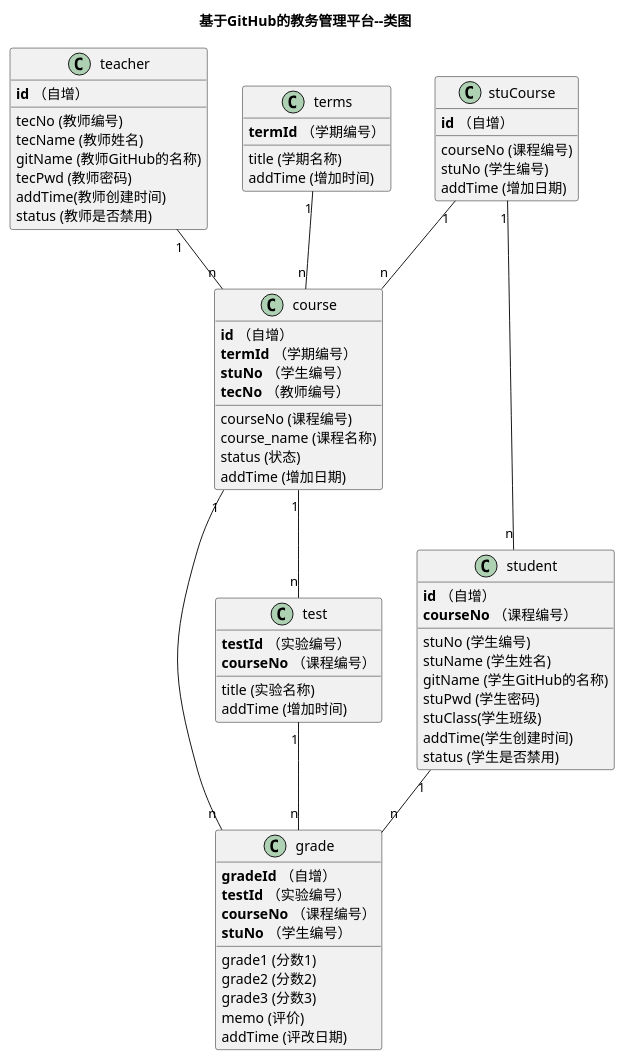
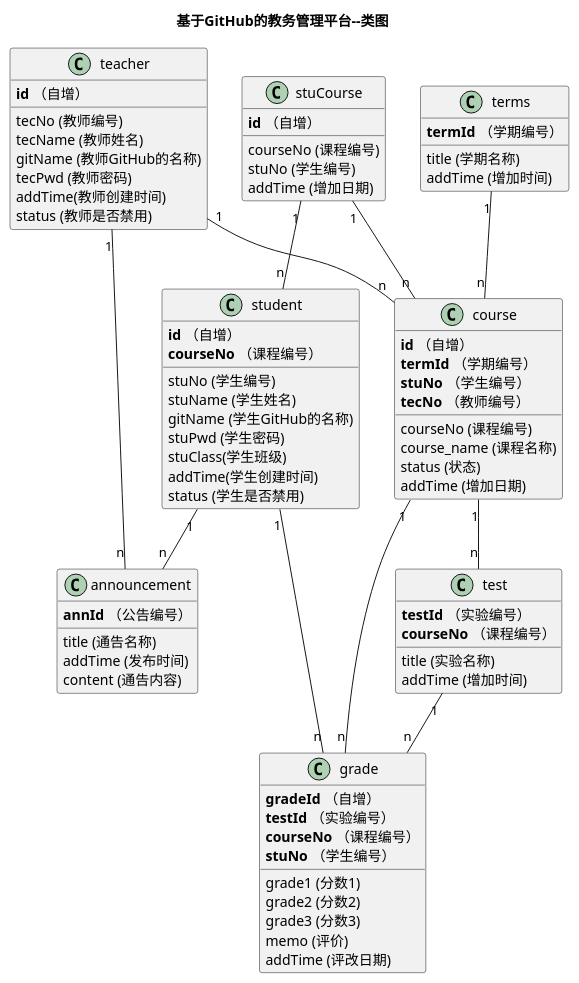
Before and after one commit to Hwan-GG/is_analysis: the diagram in test6/code/类图.wsd, drawn with PlantUML.

```diff
--- a/test6/code/类图.wsd
+++ b/test6/code/类图.wsd
@@ -1,76 +1,85 @@
 @startuml
 title 基于GitHub的教务管理平台--类图
 class teacher {
     <b>id</b> （自增）
     tecNo (教师编号)
     tecName (教师姓名)
     gitName (教师GitHub的名称)
     tecPwd (教师密码)
     addTime(教师创建时间)
     status (教师是否禁用)
 }
 class stuCourse {
     <b>id</b> （自增）
     courseNo (课程编号)
     stuNo (学生编号)
     addTime (增加日期)
 }
 
 class student {
     <b>id</b> （自增）
     <b>courseNo</b> （课程编号）
     stuNo (学生编号)
     stuName (学生姓名)
     gitName (学生GitHub的名称)
     stuPwd (学生密码)
     stuClass(学生班级)
     addTime(学生创建时间)
     status (学生是否禁用)
     
 }
 class course {
     <b>id</b> （自增）
     courseNo (课程编号)
     course_name (课程名称)
     status (状态)
     addTime (增加日期)
     <b>termId</b> （学期编号）
     <b>stuNo</b> （学生编号）
     <b>tecNo</b> （教师编号）
 }
 
 class grade {
     <b>gradeId</b> （自增）
     grade1 (分数1)
     grade2 (分数2)
     grade3 (分数3)
     memo (评价)
     addTime (评改日期)
     <b>testId</b> （实验编号）
     <b>courseNo</b> （课程编号）
     <b>stuNo</b> （学生编号）
 }
 
 class test {
     <b>testId</b> （实验编号）
     title (实验名称)
     addTime (增加时间)
     <b>courseNo</b> （课程编号）
 }
 
 class terms {
     <b>termId</b> （学期编号）
     title (学期名称)
     addTime (增加时间)
 }
 
+class  announcement{
+    <b>annId</b> （公告编号）
+    title (通告名称)
+    addTime (发布时间)
+    content (通告内容)
+}
+
 student "1" -- "n"  grade
 test "1" -- "n"  grade
 course "1" -- "n"  grade
 stuCourse "1" -- "n" student
 stuCourse "1" -- "n" course 
 terms "1" -- "n" course 
 teacher "1" -- "n" course 
 course "1" -- "n"  test
+teacher "1" -- "n" announcement
+student "1" -- "n" announcement
 
 @enduml
```
